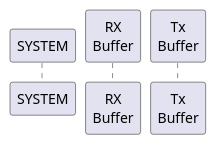
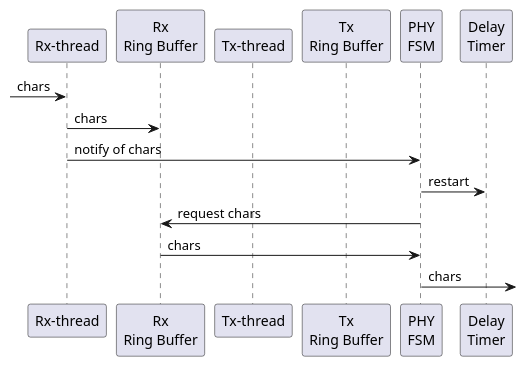
One commit to yoshinao-takada/07Test changed the diagram in Docs/Images/PHY-TxRx-seq.puml. Above: the diagram before and after it, drawn with PlantUML. The commit also changed 24 other files, not shown here.

```diff
--- a/Docs/Images/PHY-TxRx-seq.puml
+++ b/Docs/Images/PHY-TxRx-seq.puml
@@ -1,5 +1,15 @@
 @startuml
-participant SYSTEM as SYS order 0
-participant "RX\nBuffer" as RxBuf order 10
-participant "Tx\nBuffer" as TxBuf order 20
+participant "Rx-thread" as RXTH order 0
+participant "Rx\nRing Buffer" as RXRB order 20
+participant "Tx-thread" as TXTH order 30
+participant "Tx\nRing Buffer" as TXRB order 40
+participant "PHY\nFSM" as PHY order 50
+participant "Delay\nTimer" as DTM order 60
+-> RXTH : chars
+RXTH -> RXRB : chars
+RXTH -> PHY : notify of chars
+PHY -> DTM : restart
+PHY -> RXRB : request chars
+RXRB -> PHY : chars
+PHY -> : chars
 @enduml
```
